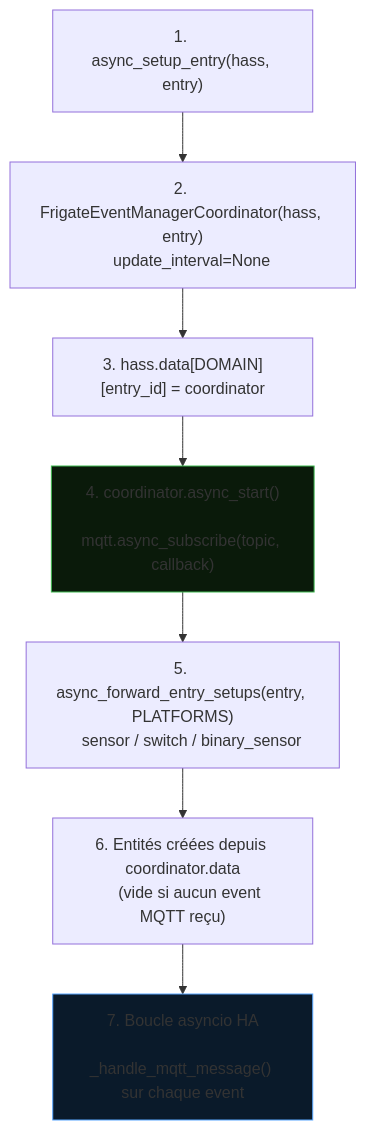
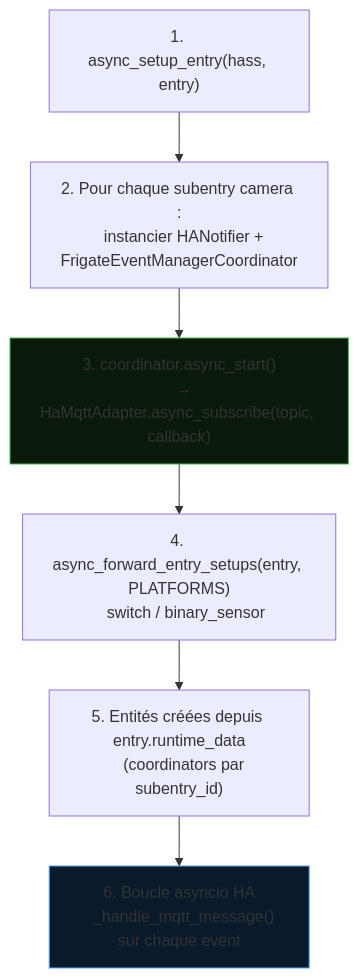
The fourth of 4 diagrams in docs/architecture.md (trowaflo/frigate-event-manager), drawn with Mermaid before and after one commit. The commit also changed other lines of this file and 10 other files, not shown here.

````diff
--- a/docs/architecture.md
+++ b/docs/architecture.md
@@ -177,15 +177,14 @@
 ```mermaid
 graph TD
     S1["1. async_setup_entry(hass, entry)"]
-    S2["2. FrigateEventManagerCoordinator(hass, entry)\n    update_interval=None"]
-    S3["3. hass.data[DOMAIN][entry_id] = coordinator"]
-    S4["4. coordinator.async_start()\n    mqtt.async_subscribe(topic, callback)"]
-    S5["5. async_forward_entry_setups(entry, PLATFORMS)\n    sensor / switch / binary_sensor"]
-    S6["6. Entités créées depuis coordinator.data\n    (vide si aucun event MQTT reçu)"]
-    S7["7. Boucle asyncio HA\n    _handle_mqtt_message() sur chaque event"]
+    S2["2. Pour chaque subentry camera :\n   instancier HANotifier + FrigateEventManagerCoordinator"]
+    S3["3. coordinator.async_start()\n   → HaMqttAdapter.async_subscribe(topic, callback)"]
+    S4["4. async_forward_entry_setups(entry, PLATFORMS)\n   switch / binary_sensor"]
+    S5["5. Entités créées depuis entry.runtime_data\n   (coordinators par subentry_id)"]
+    S6["6. Boucle asyncio HA\n   _handle_mqtt_message() sur chaque event"]
 
-    S1 --> S2 --> S3 --> S4 --> S5 --> S6 --> S7
+    S1 --> S2 --> S3 --> S4 --> S5 --> S6
 
-    style S4 fill:#0a1a0a,stroke:#3fb950
-    style S7 fill:#0a1a2a,stroke:#58a6ff
+    style S3 fill:#0a1a0a,stroke:#3fb950
+    style S6 fill:#0a1a2a,stroke:#58a6ff
 ```
````
